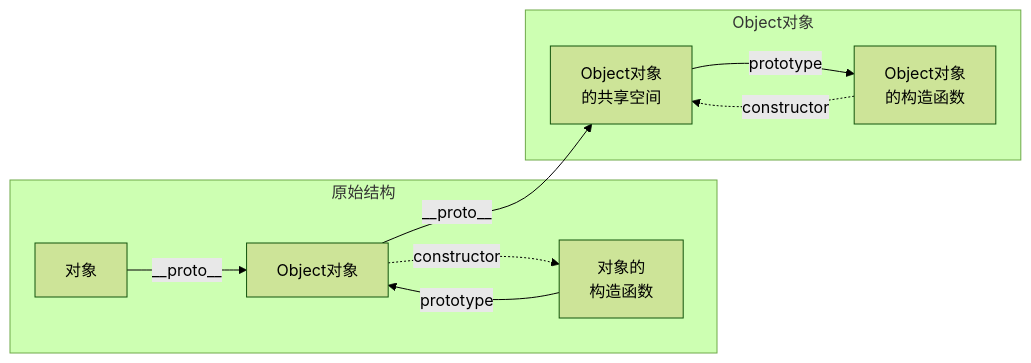
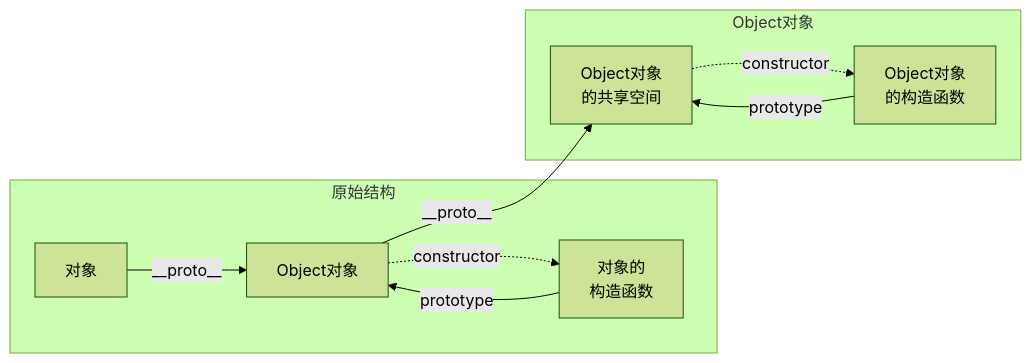
Before and after one commit to scriptscat/tampermonkey-learn-guide: the fourth of 9 diagrams in docs/02.实用知识库/01.JavaScript 知识篇/04.原型与原型链.md, drawn with Mermaid (forest theme). The commit also changed other lines of this file and 11 other files, not shown here.

````diff
--- a/docs/02.实用知识库/01.JavaScript 知识篇/04.原型与原型链.md
+++ b/docs/02.实用知识库/01.JavaScript 知识篇/04.原型与原型链.md
@@ -117,13 +118,13 @@
 ```mermaid
 flowchart LR
     subgraph 原始结构
     A[对象] -->|__proto__| B[Object对象]
     C[对象的\n构造函数] --> |prototype|B
     B-.->|constructor|C
     end
     subgraph Object对象
     B-->|__proto__|D[Object对象\n的共享空间]
-    D-->|prototype|E[Object对象\n的构造函数]
-    E-.->|constructor|D
+    D-.->|constructor|E[Object对象\n的构造函数]
+    E-->|prototype|D
     end
 ```
````
